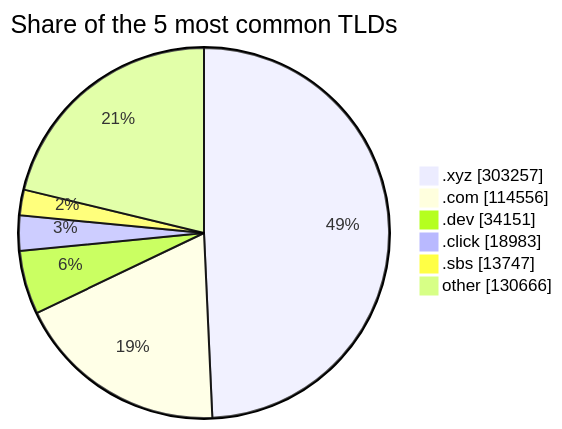
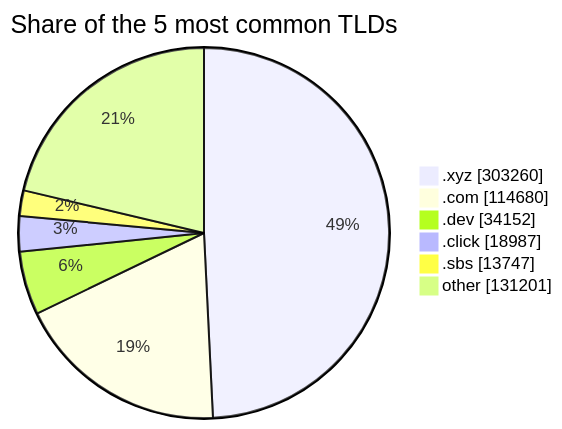
The third of 3 diagrams in README.md (DNSBunker/CTI), drawn with Mermaid before and after one commit. The commit also changed other lines of this file and 3 other files, not shown here.

````diff
--- a/README.md
+++ b/README.md
@@ -81,9 +81,9 @@
 ```mermaid
 pie showData title Share of the 5 most common TLDs
-    ".xyz" : 303257
-    ".com" : 114556
-    ".dev" : 34151
-    ".click" : 18983
+    ".xyz" : 303260
+    ".com" : 114680
+    ".dev" : 34152
+    ".click" : 18987
     ".sbs" : 13747
-    "other" : 130666
+    "other" : 131201
 ```
````
